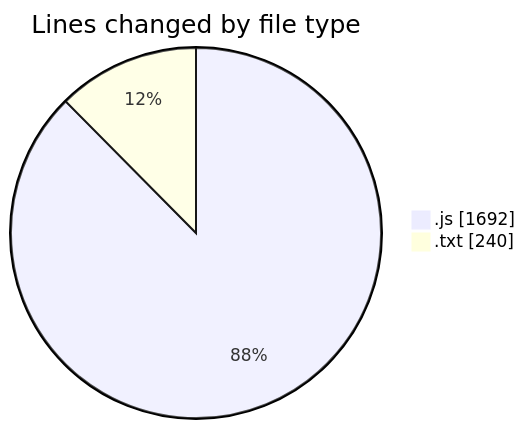
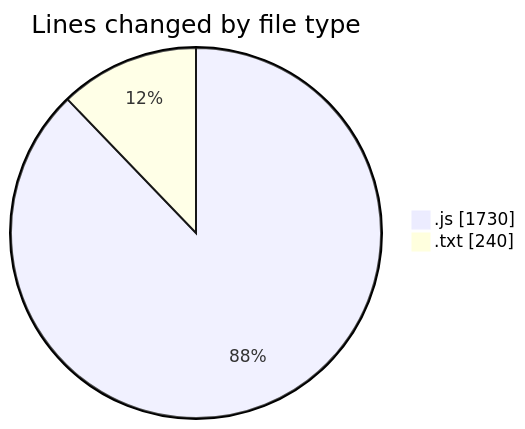
Before and after one commit to nxtqubesakshisongat/code-tracking: the first of 2 diagrams in 2025-05-30/nxtqube_webapp/README.md, drawn with Mermaid. The commit also changed other lines of this file and 1 other file, not shown here.

````diff
--- a/2025-05-30/nxtqube_webapp/README.md
+++ b/2025-05-30/nxtqube_webapp/README.md
@@ -26,6 +27,6 @@
 ```mermaid
 pie showData
 title Lines changed by file type
-".js" : 1692
+".js" : 1730
 ".txt" : 240
 ```
````
